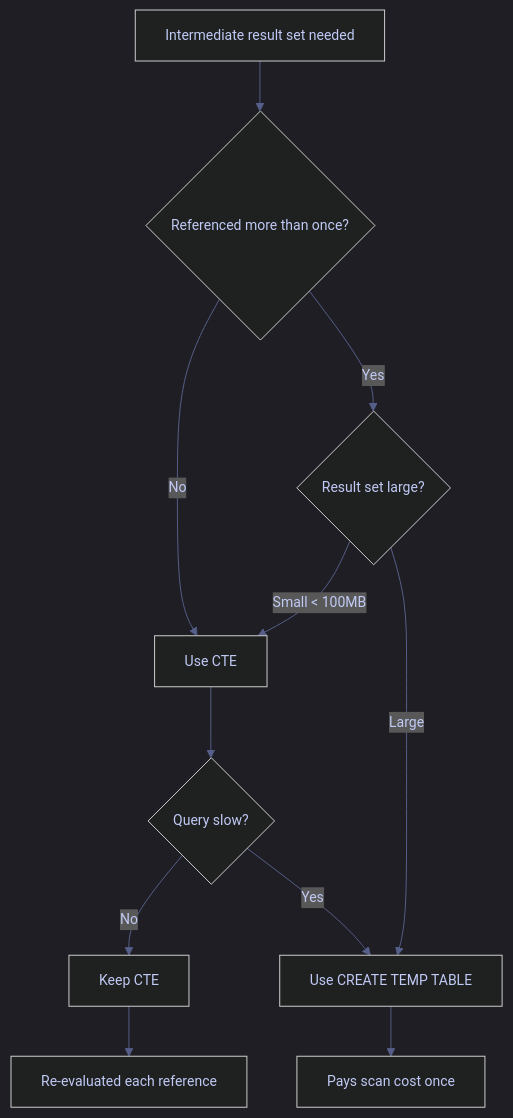
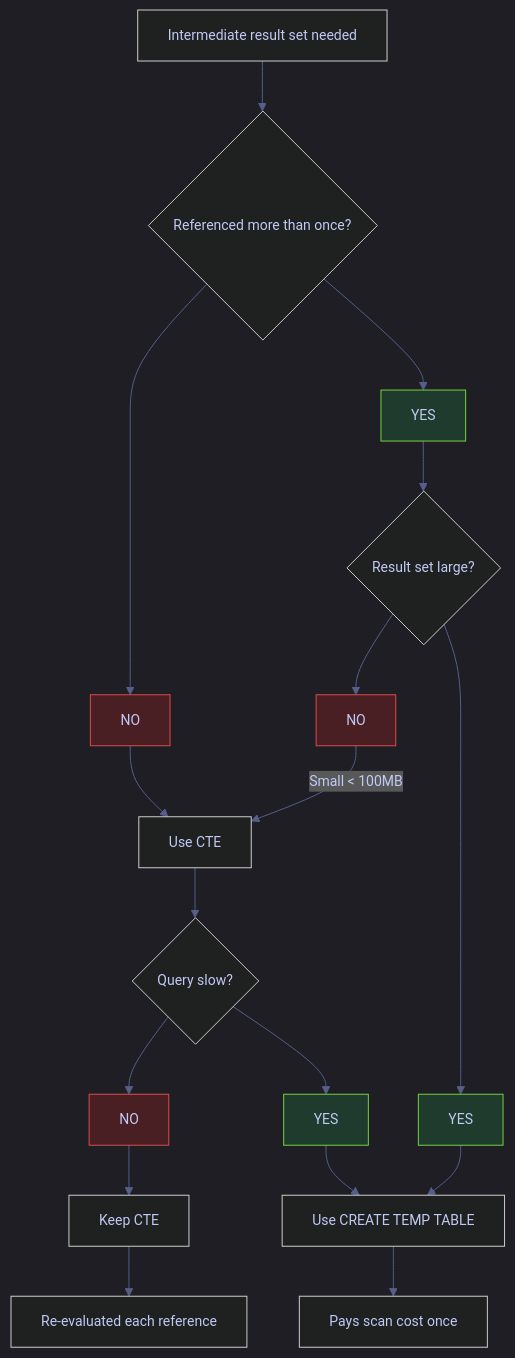
Before and after one commit to alp78/elysium: the diagram in content/05-DB-Queries/02-BigQuery/03-bq-advanced.md, drawn with Mermaid. The commit also changed other lines of this file and 114 other files, not shown here.

````diff
--- a/content/05-DB-Queries/02-BigQuery/03-bq-advanced.md
+++ b/content/05-DB-Queries/02-BigQuery/03-bq-advanced.md
@@ -1714,25 +1965,37 @@
 ```mermaid
 %%{init: {'theme': 'dark', 'themeVariables': {
   'primaryColor': '#292e42',
   'primaryTextColor': '#c0caf5',
   'primaryBorderColor': '#565f89',
   'lineColor': '#565f89',
   'secondaryColor': '#1a1b26',
   'tertiaryColor': '#24283b',
   'noteTextColor': '#c0caf5',
   'noteBkgColor': '#292e42',
   'textColor': '#c0caf5',
   'fontSize': '14px'
 }}}%%
 flowchart TD
     A[Intermediate result set needed] --> B{Referenced more than once?}
-    B -->|No| C[Use CTE]
-    B -->|Yes| D{Result set large?}
-    D -->|Small < 100MB| C
-    D -->|Large| E[Use CREATE TEMP TABLE]
+    B --> NO1[NO]
+    B --> YES1[YES]
+    NO1 --> C[Use CTE]
+    YES1 --> D{Result set large?}
+    D --> NO2[NO]
+    D --> YES2[YES]
+    NO2 -->|Small < 100MB| C
+    YES2 --> E[Use CREATE TEMP TABLE]
     C --> F{Query slow?}
-    F -->|No| G[Keep CTE]
-    F -->|Yes| E
+    F --> NO3[NO]
+    F --> YES3[YES]
+    NO3 --> G[Keep CTE]
+    YES3 --> E
     E --> H[Pays scan cost once]
     G --> I[Re-evaluated each reference]
+    style YES1 fill:#1f3b2d,stroke:#73d13d,color:#c0caf5
+    style YES2 fill:#1f3b2d,stroke:#73d13d,color:#c0caf5
+    style YES3 fill:#1f3b2d,stroke:#73d13d,color:#c0caf5
+    style NO1 fill:#4a1f24,stroke:#db4b4b,color:#c0caf5
+    style NO2 fill:#4a1f24,stroke:#db4b4b,color:#c0caf5
+    style NO3 fill:#4a1f24,stroke:#db4b4b,color:#c0caf5
 ```
````
